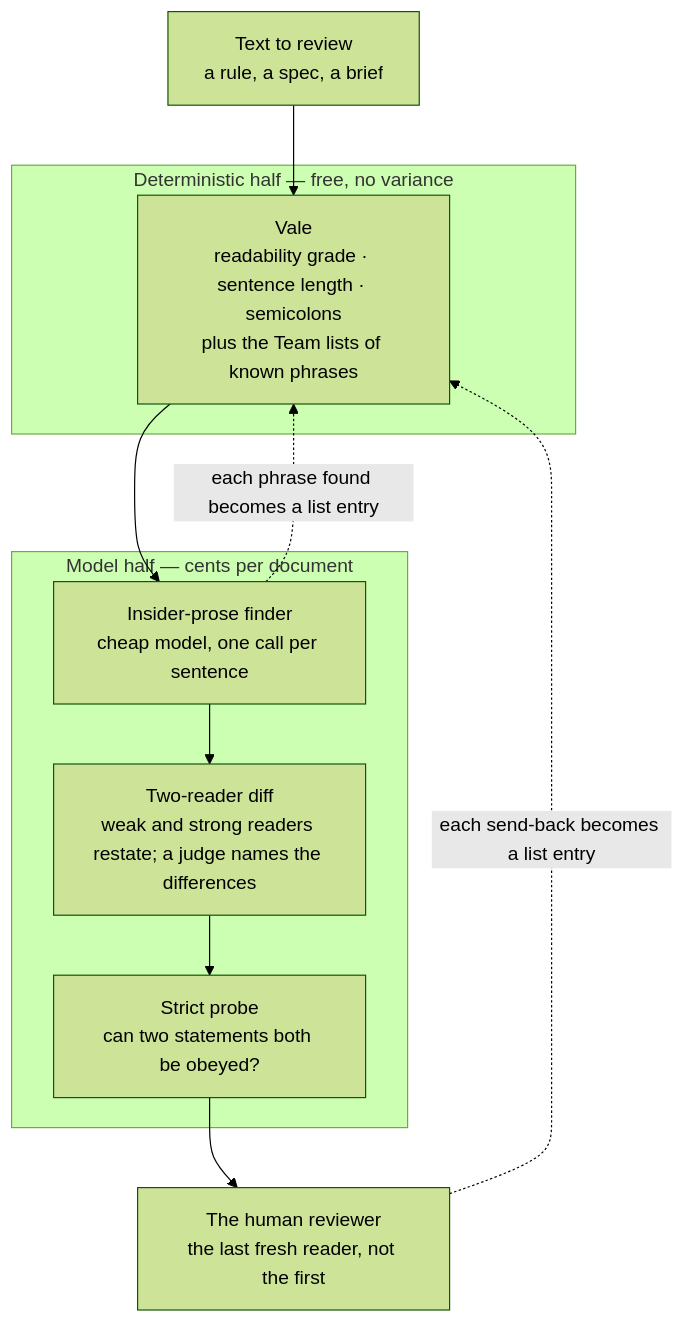
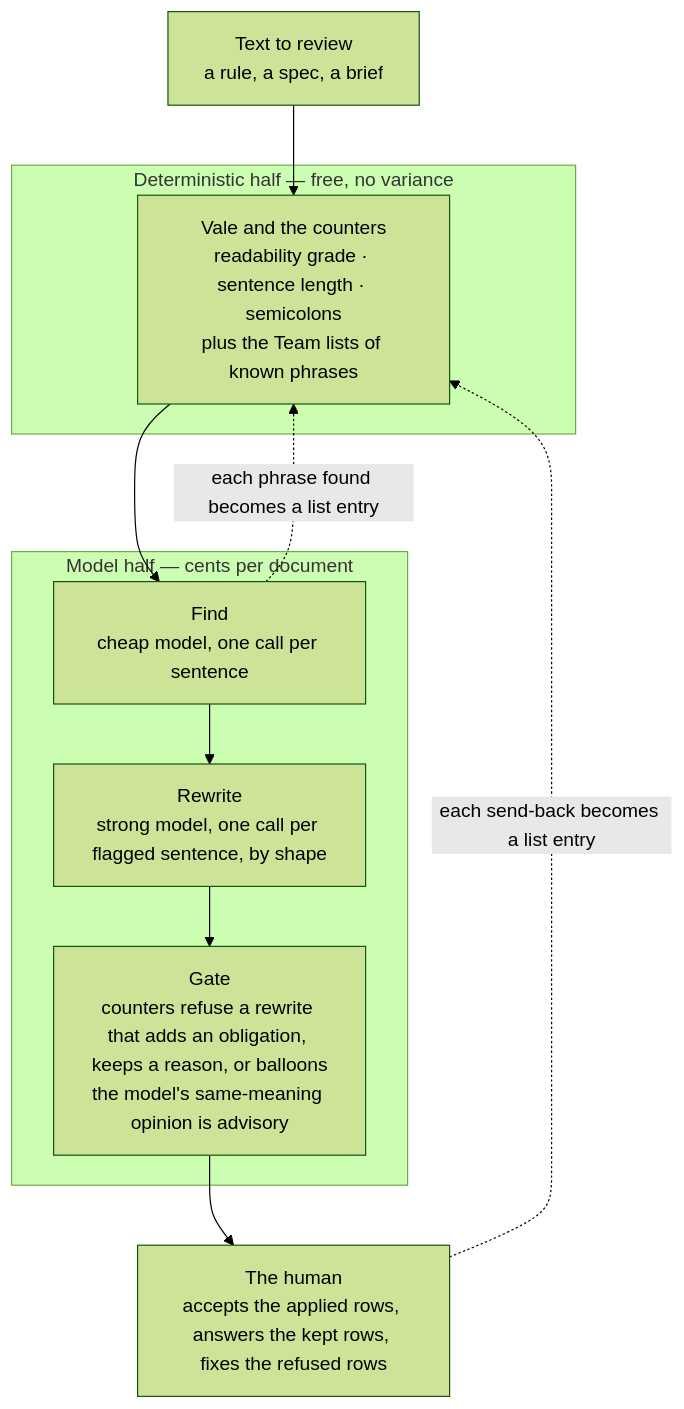
The diagram in README.md (Fermi-Ventures/claudian-translator), drawn with Mermaid (forest theme) before and after one commit. The commit also changed other lines of this file and 7 other files, not shown here.

First line of the commit message:
the converter: find, rewrite by shape, gate; --estimate; the no-claudian skill; INSTALL.md; README as the polished page

````diff
--- a/README.md
+++ b/README.md
@@ -99,18 +61,18 @@
 ```mermaid
 flowchart TB
   T["Text to review\na rule, a spec, a brief"] --> V
   subgraph D["Deterministic half — free, no variance"]
-    V["Vale\nreadability grade · sentence length · semicolons\nplus the Team lists of known phrases"]
+    V["Vale and the counters\nreadability grade · sentence length · semicolons\nplus the Team lists of known phrases"]
   end
   subgraph M["Model half — cents per document"]
-    F["Insider-prose finder\ncheap model, one call per sentence"]
-    W["Two-reader diff\nweak and strong readers restate; a judge names the differences"]
-    P["Strict probe\ncan two statements both be obeyed?"]
-    F --> W --> P
+    F["Find\ncheap model, one call per sentence"]
+    W["Rewrite\nstrong model, one call per flagged sentence, by shape"]
+    C["Gate\ncounters refuse a rewrite that adds an obligation, keeps a reason, or balloons\nthe model's same-meaning opinion is advisory"]
+    F --> W --> C
   end
   V --> F
-  P --> H
-  H["The human reviewer\nthe last fresh reader, not the first"]
+  C --> H
+  H["The human\naccepts the applied rows, answers the kept rows, fixes the refused rows"]
   F -. "each phrase found becomes a list entry" .-> V
   H -. "each send-back becomes a list entry" .-> V
 ```
````
